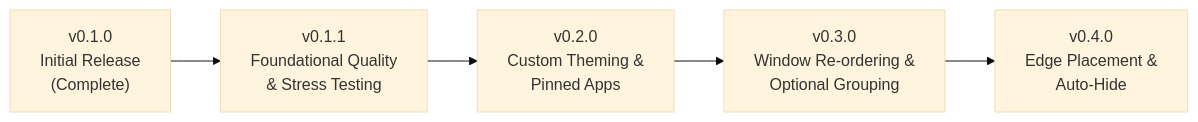
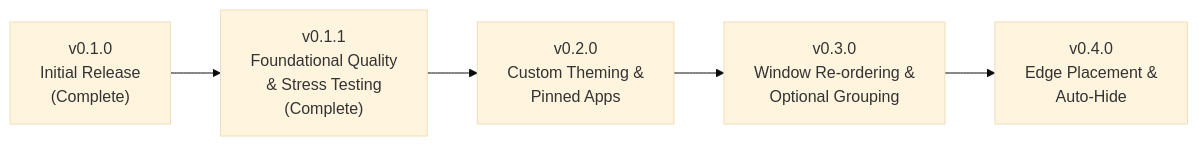
The diagram in plans/roadmap.md (obertguo/macos-taskbar), drawn with Mermaid (base theme) before and after one commit. The commit also changed other lines of this file, not shown here.

Commit message:
docs(roadmap): mark v0.1.1 completed

````diff
--- a/plans/roadmap.md
+++ b/plans/roadmap.md
@@ -20,7 +20,7 @@
 ```mermaid
 flowchart LR
-    v010["v0.1.0<br/>Initial Release<br/>(Complete)"] --> v011["v0.1.1<br/>Foundational Quality<br/>& Stress Testing"]
+    v010["v0.1.0<br/>Initial Release<br/>(Complete)"] --> v011["v0.1.1<br/>Foundational Quality<br/>& Stress Testing<br/>(Complete)"]
     v011 --> v020["v0.2.0<br/>Custom Theming &<br/>Pinned Apps"]
     v020 --> v030["v0.3.0<br/>Window Re-ordering &<br/>Optional Grouping"]
     v030 --> v040["v0.4.0<br/>Edge Placement &<br/>Auto-Hide"]
 ```
````
